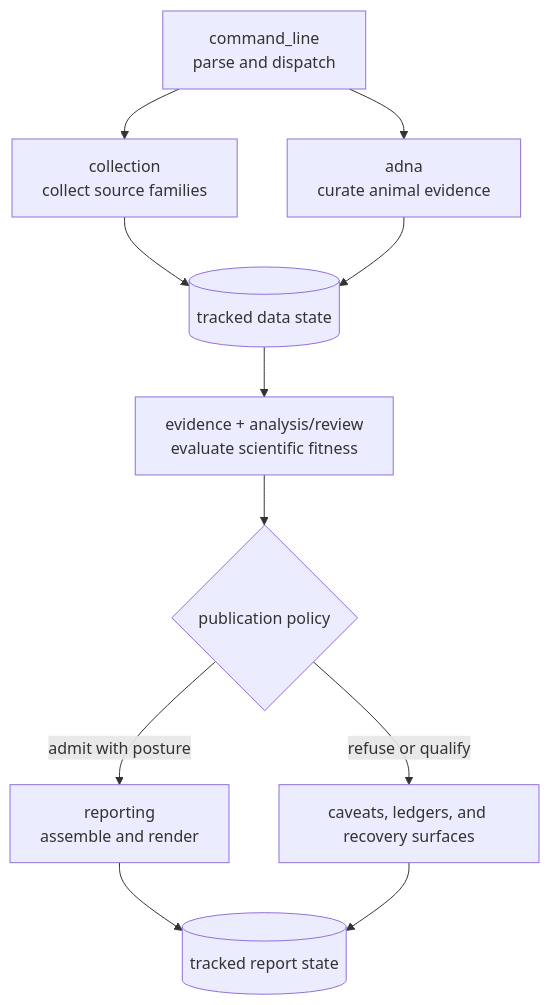
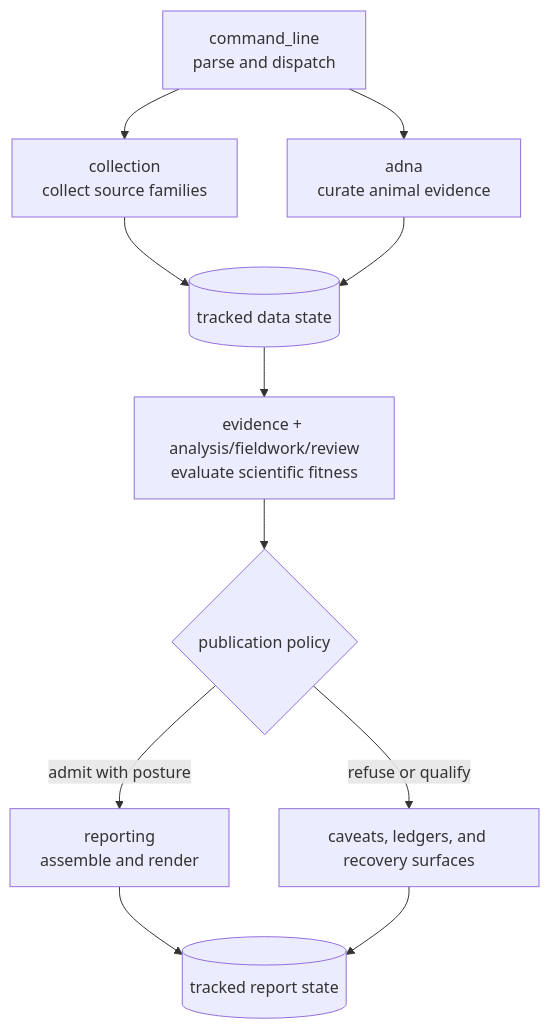
Before and after one commit to bijux/bijux-pollenomics: the first of 6 diagrams in docs/public/pollenomics/architecture/index.md, drawn with Mermaid. The commit also changed other lines of this file and 38 other files, not shown here.

Commit message:
refactor(analysis): separate scientific decision domains

````diff
--- a/docs/public/pollenomics/architecture/index.md
+++ b/docs/public/pollenomics/architecture/index.md
@@ -20,13 +20,13 @@
 ```mermaid
 flowchart TB
     CLI["command_line\nparse and dispatch"] --> Collect["collection\ncollect source families"]
     CLI --> Animal["adna\ncurate animal evidence"]
     Collect --> Data[("tracked data state")]
     Animal --> Data
-    Data --> Evidence["evidence + analysis/review\nevaluate scientific fitness"]
+    Data --> Evidence["evidence + analysis/fieldwork/review\nevaluate scientific fitness"]
     Evidence --> Gate{"publication policy"}
     Gate -->|admit with posture| Reporting["reporting\nassemble and render"]
     Gate -->|refuse or qualify| Reviews["caveats, ledgers, and recovery surfaces"]
     Reporting --> Reports[("tracked report state")]
     Reviews --> Reports
 ```
````
